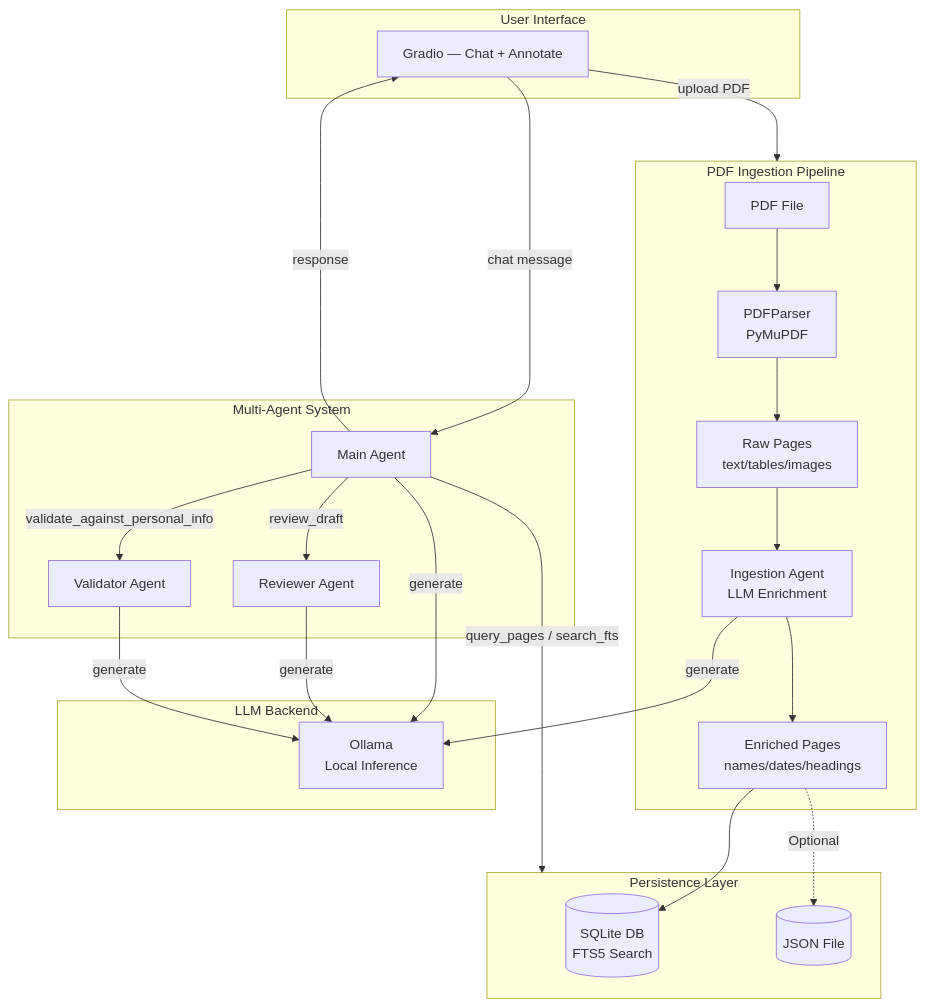
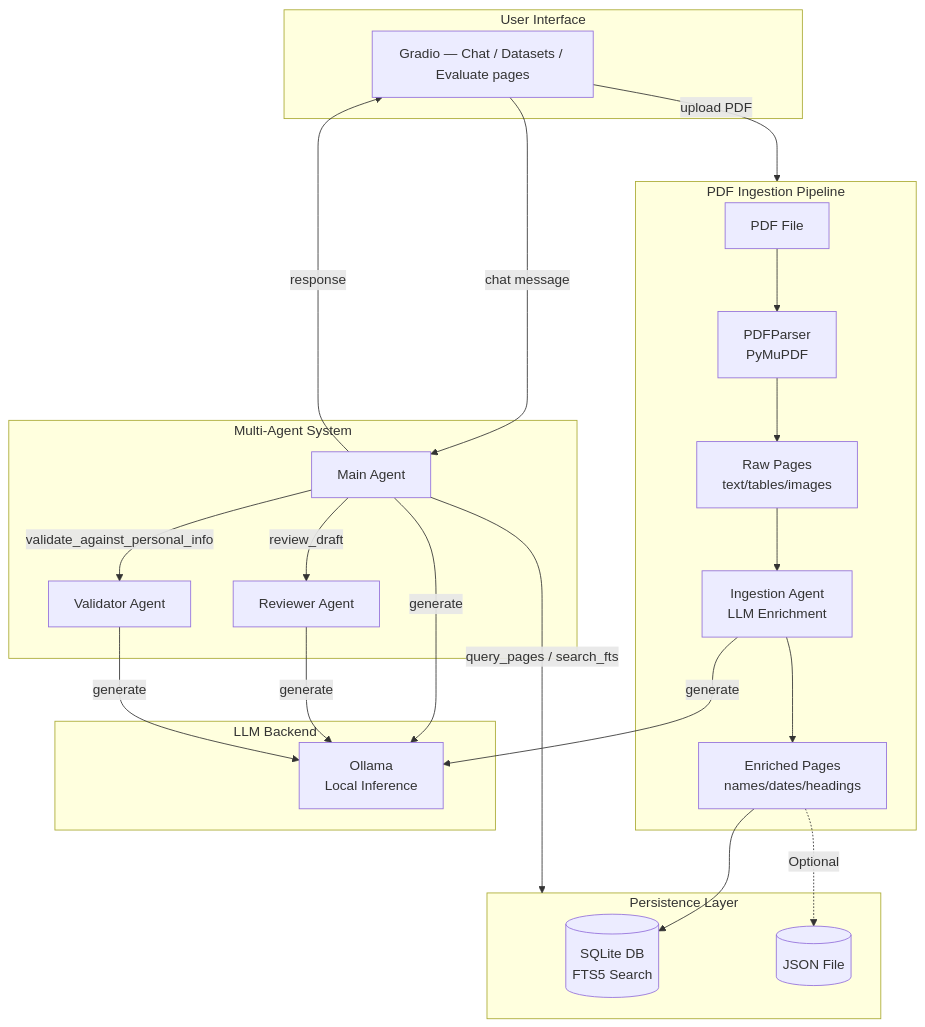
Before and after one commit to dallal9/Doc2Agent: the diagram in README.md, drawn with Mermaid. The commit also changed other lines of this file and 3 other files, not shown here.

````diff
--- a/README.md
+++ b/README.md
@@ -113,39 +122,39 @@
 ```mermaid
 flowchart TB
     subgraph UI[User Interface]
-        GR[Gradio — Chat + Annotate]
+        GR[Gradio — Chat / Datasets / Evaluate pages]
     end
 
     subgraph Ingestion[PDF Ingestion Pipeline]
         PDF[PDF File] --> Parser[PDFParser<br/>PyMuPDF]
         Parser --> RawPages[Raw Pages<br/>text/tables/images]
         RawPages --> IngAgent[Ingestion Agent<br/>LLM Enrichment]
         IngAgent --> EnrichedPages[Enriched Pages<br/>names/dates/headings]
     end
 
     subgraph Storage[Persistence Layer]
         EnrichedPages --> SQLite[(SQLite DB<br/>FTS5 Search)]
         EnrichedPages -.->|Optional| JSON[(JSON File)]
     end
 
     subgraph Agents[Multi-Agent System]
         Main[Main Agent]
         Reviewer[Reviewer Agent]
         Validator[Validator Agent]
         Main -->|review_draft| Reviewer
         Main -->|validate_against_personal_info| Validator
     end
 
     subgraph LLM[LLM Backend]
         Ollama[Ollama<br/>Local Inference]
     end
 
     GR -->|upload PDF| Ingestion
     GR -->|chat message| Main
     Main -->|query_pages / search_fts| Storage
     Main -->|generate| Ollama
     Reviewer -->|generate| Ollama
     Validator -->|generate| Ollama
     IngAgent -->|generate| Ollama
     Main -->|response| GR
 ```
````
